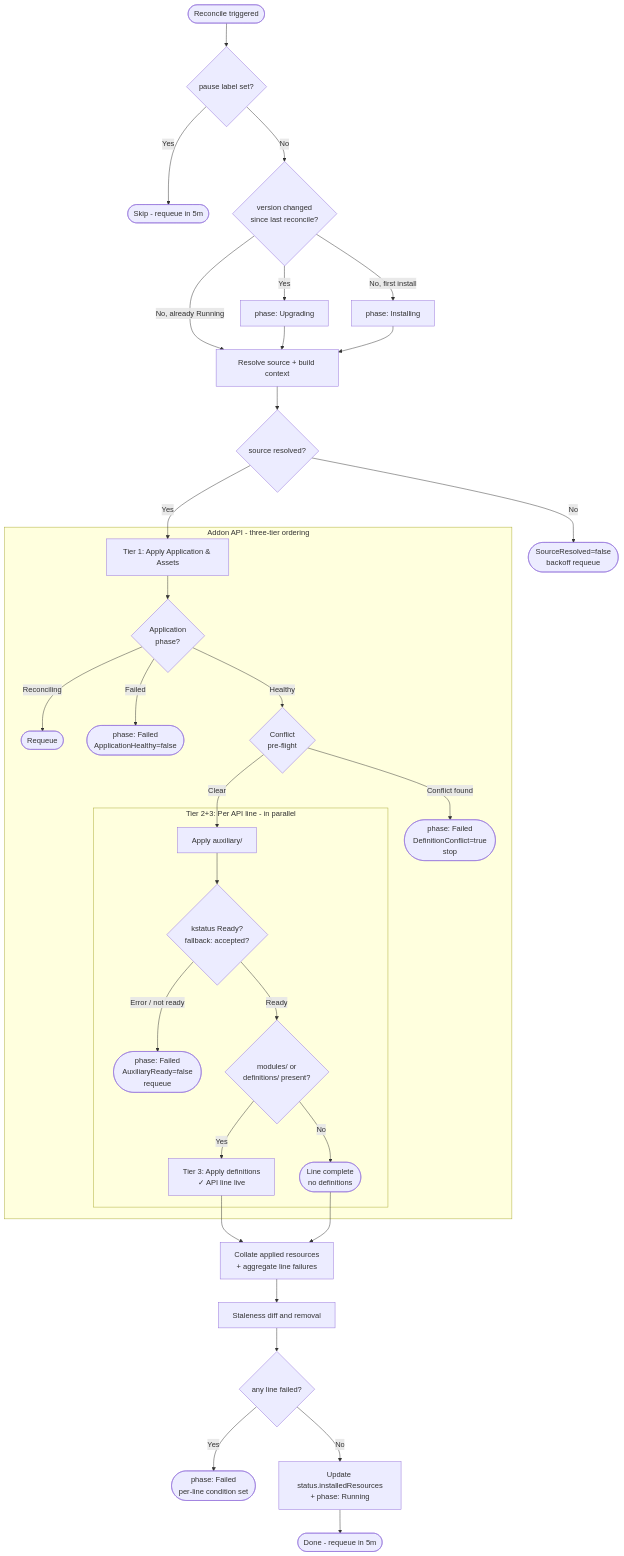
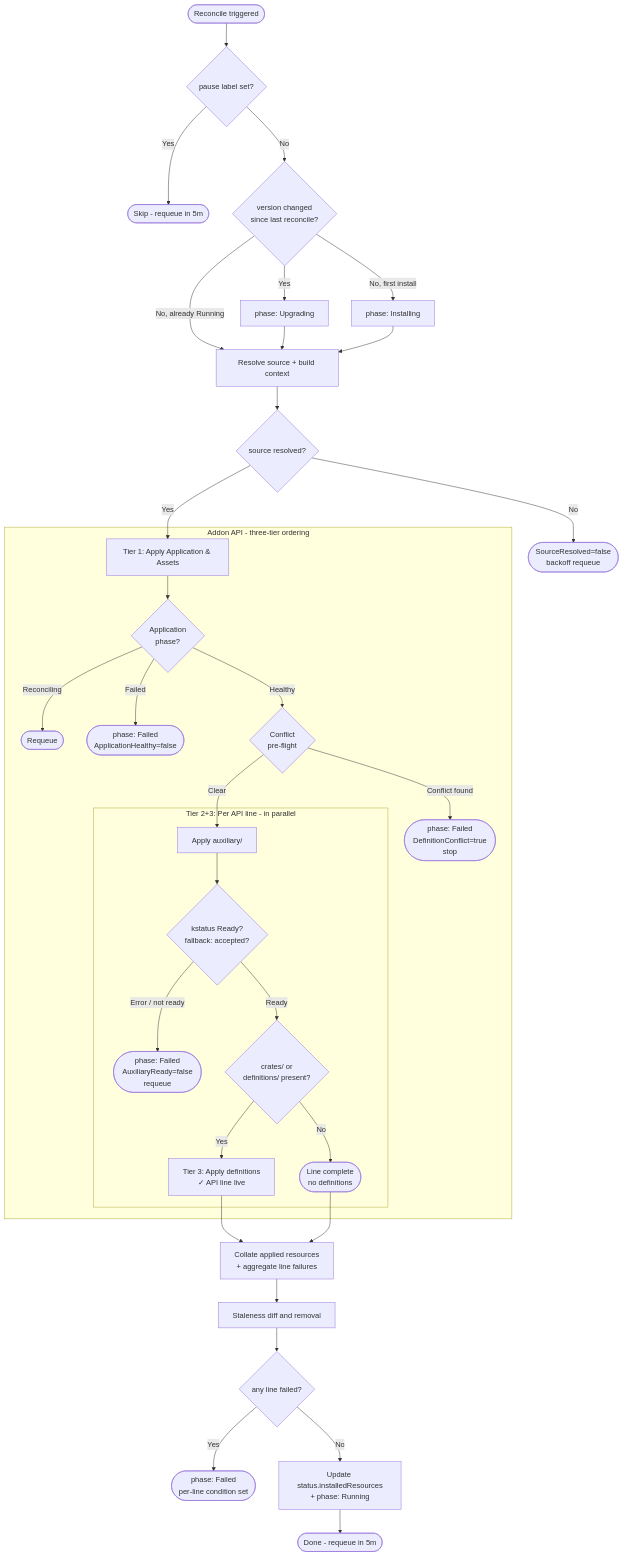
The second of 4 diagrams in design/vela-core/keps/2.13-addons/README.md (kubevela/kubevela), drawn with Mermaid before and after one commit. The commit also changed other lines of this file and 1021 other files, not shown here.

````diff
--- a/design/vela-core/keps/2.13-addons/README.md
+++ b/design/vela-core/keps/2.13-addons/README.md
@@ -157,39 +157,39 @@
 ```mermaid
 flowchart TD
     A([Reconcile triggered]) --> PAUSE{pause label set?}
     PAUSE -->|Yes| SKIP([Skip - requeue in 5m])
     PAUSE -->|No| B{version changed<br/>since last reconcile?}
     B -->|Yes| PU[phase: Upgrading]
     B -->|No, first install| PI[phase: Installing]
     B -->|No, already Running| C
     PU --> C
     PI --> C
     C[Resolve source + build context] --> SRCOK{source resolved?}
     SRCOK -->|No| SRCFAIL([SourceResolved=false<br/>backoff requeue])
     SRCOK -->|Yes| G
 
     subgraph install["Addon API - three-tier ordering"]
         G[Tier 1: Apply Application & Assets] --> H{Application<br/>phase?}
         H -->|Reconciling| REQUEUE([Requeue])
         H -->|Failed| FAIL1([phase: Failed<br/>ApplicationHealthy=false])
         H -->|Healthy| CF{Conflict<br/>pre-flight}
         CF -->|Conflict found| CFAIL([phase: Failed<br/>DefinitionConflict=true<br/>stop])
         CF -->|Clear| I
         subgraph lines["Tier 2+3: Per API line - in parallel"]
             I[Apply auxiliary/] --> J{kstatus Ready?<br/>fallback: accepted?}
             J -->|Error / not ready| FAIL2([phase: Failed<br/>AuxiliaryReady=false<br/>requeue])
-            J -->|Ready| K{modules/ or<br/>definitions/ present?}
+            J -->|Ready| K{crates/ or<br/>definitions/ present?}
             K -->|Yes| DEF[Tier 3: Apply definitions<br/>✓ API line live]
             K -->|No| NODEFS([Line complete<br/>no definitions])
         end
     end
 
     DEF --> L[Collate applied resources<br/>+ aggregate line failures]
     NODEFS --> L
     L --> M[Staleness diff and removal]
     M --> N{any line failed?}
     N -->|Yes| PFAIL([phase: Failed<br/>per-line condition set])
     N -->|No| PRUN[Update status.installedResources<br/>+ phase: Running]
     PRUN --> O
     O([Done - requeue in 5m])
 ```
````
